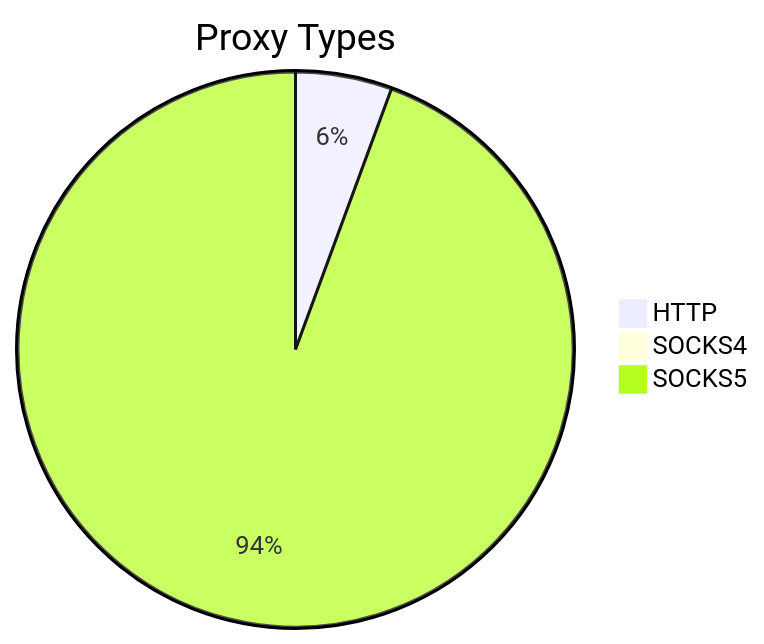
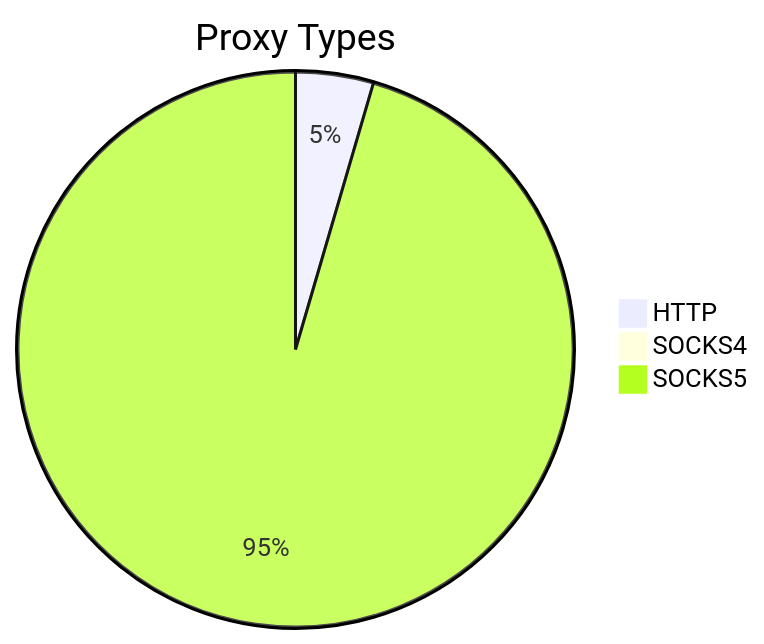
One commit to stormsia/proxy-list changed the first of 2 diagrams in README.md. Above: the diagram before and after it, drawn with Mermaid. The commit also changed other lines of this file, not shown here.

````diff
--- a/README.md
+++ b/README.md
@@ -21,6 +21,6 @@
 ```mermaid
 pie title Proxy Types
-    "HTTP" : 216
-    "SOCKS4" : 16
-    "SOCKS5" : 3630
+    "HTTP" : 159
+    "SOCKS4" : 10
+    "SOCKS5" : 3350
 ```
````
